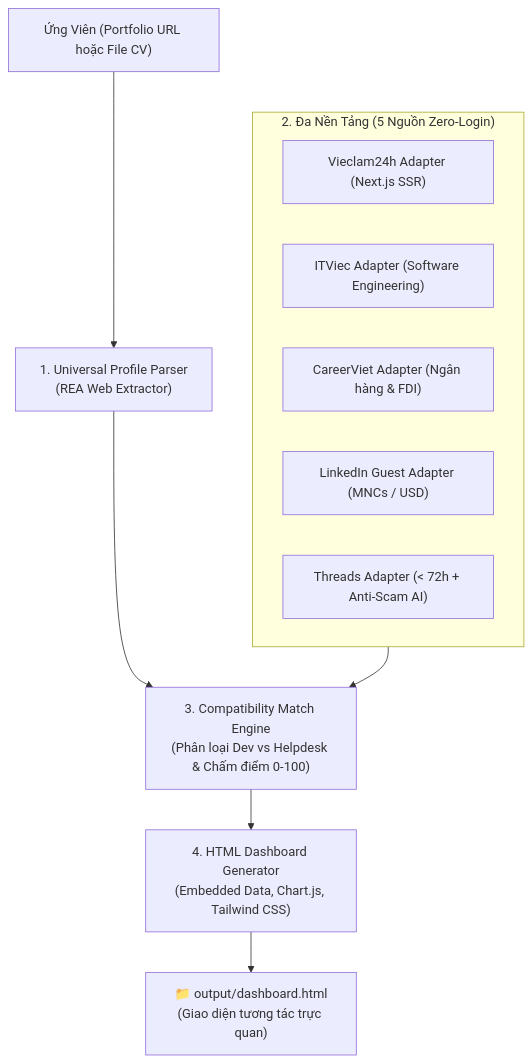
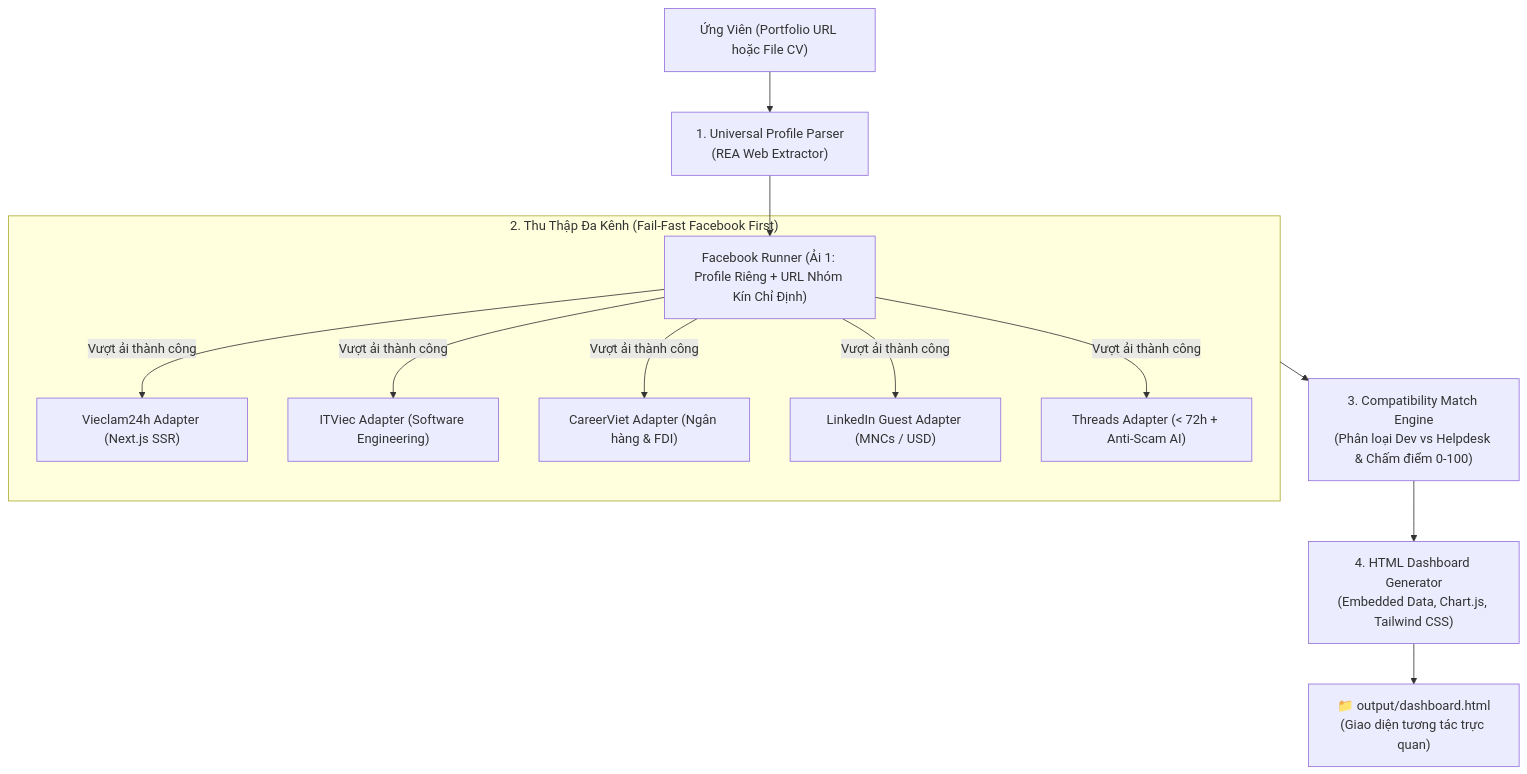
The diagram in README.md (thieuhoang2002/job-scout-vn), drawn with Mermaid before and after one commit. The commit also changed other lines of this file and 1 other file, not shown here.

Commit message:
docs: update README and SKILL documentation with Facebook Targeted and Fail-Fast mechanism

````diff
--- a/README.md
+++ b/README.md
@@ -57,18 +61,21 @@
 ```mermaid
 flowchart TD
     Candidate["Ứng Viên (Portfolio URL hoặc File CV)"] --> Parser["1. Universal Profile Parser<br/>(REA Web Extractor)"]
     
-    subgraph ScrapingLayer ["2. Đa Nền Tảng (5 Nguồn Zero-Login)"]
+    subgraph ScrapingLayer ["2. Thu Thập Đa Kênh (Fail-Fast Facebook First)"]
+        FB["Facebook Runner (Ải 1: Profile Riêng + URL Nhóm Kín Chỉ Định)"]
         S1["Vieclam24h Adapter (Next.js SSR)"]
         S2["ITViec Adapter (Software Engineering)"]
         S3["CareerViet Adapter (Ngân hàng & FDI)"]
         S4["LinkedIn Guest Adapter (MNCs / USD)"]
         S5["Threads Adapter (&lt; 72h + Anti-Scam AI)"]
     end
     
-    Parser --> MatchEngine["3. Compatibility Match Engine<br/>(Phân loại Dev vs Helpdesk & Chấm điểm 0-100)"]
-    ScrapingLayer --> MatchEngine
+    Parser --> FB
+    FB -- "Vượt ải thành công" --> S1 & S2 & S3 & S4 & S5
+    
+    ScrapingLayer --> MatchEngine["3. Compatibility Match Engine<br/>(Phân loại Dev vs Helpdesk & Chấm điểm 0-100)"]
     
     MatchEngine --> Generator["4. HTML Dashboard Generator<br/>(Embedded Data, Chart.js, Tailwind CSS)"]
     Generator --> HTMLOut["📁 output/dashboard.html<br/>(Giao diện tương tác trực quan)"]
 ```
````
